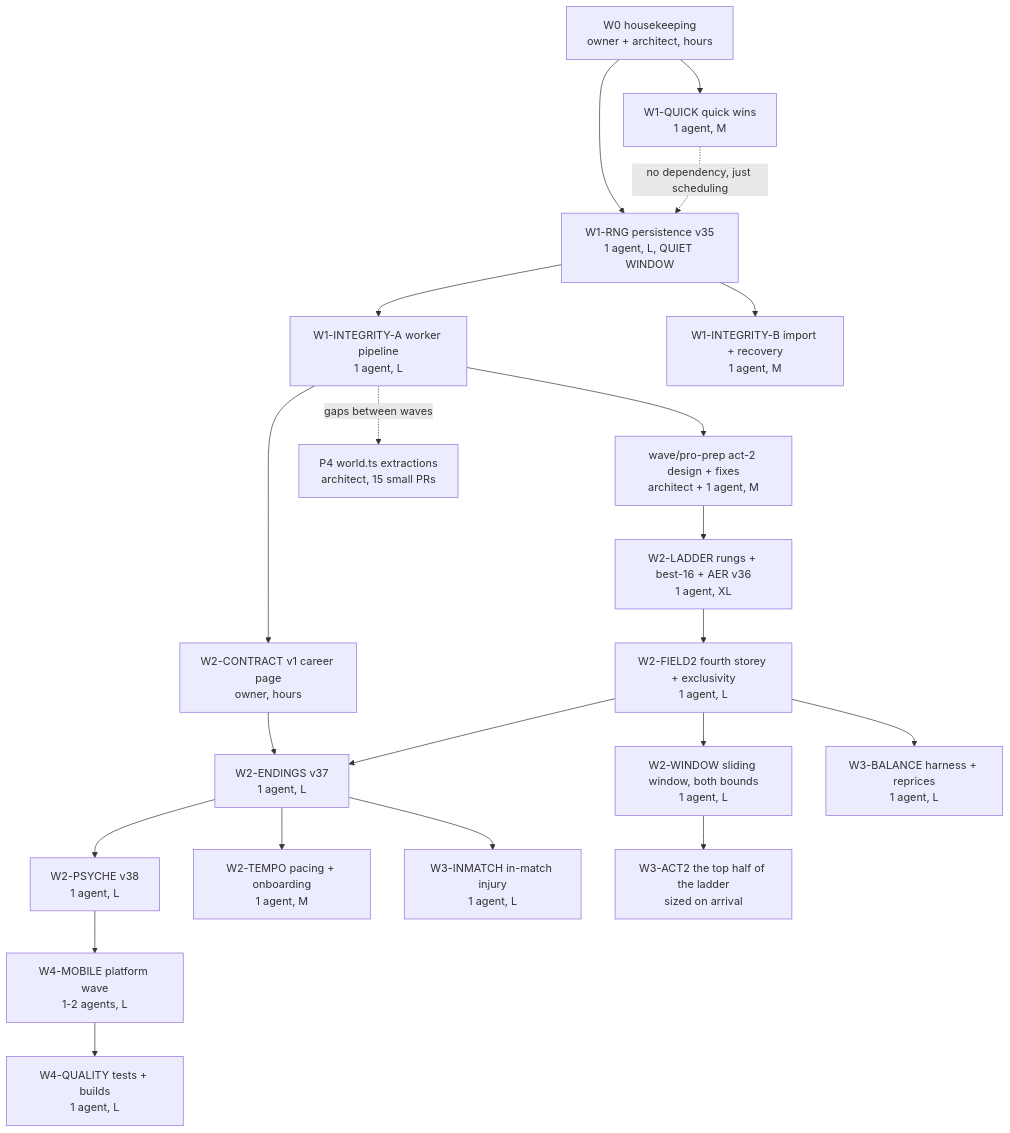
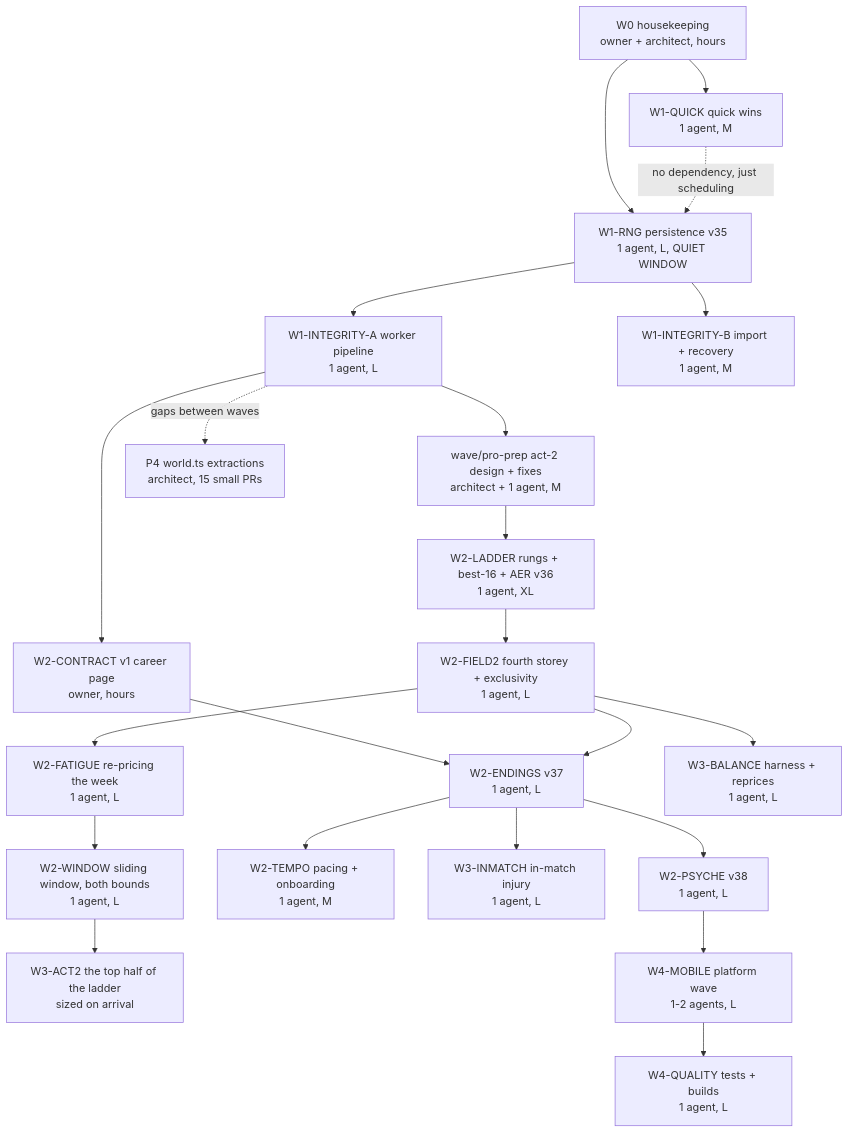
Before and after one commit to letulip/ties-break: the diagram in docs/plans/launch-plan-2026-08.md, drawn with Mermaid. The commit also changed other lines of this file and 1 other file, not shown here.

First line of the commit message:
the fatigue re-price, specced - and the injury curve it exposes

````diff
--- a/docs/plans/launch-plan-2026-08.md
+++ b/docs/plans/launch-plan-2026-08.md
@@ -27,23 +27,24 @@
 ```mermaid
 flowchart TD
   W0[W0 housekeeping<br/>owner + architect, hours] --> W1Q[W1-QUICK quick wins<br/>1 agent, M]
   W0 --> W1R[W1-RNG persistence v35<br/>1 agent, L, QUIET WINDOW]
   W1R --> W1A[W1-INTEGRITY-A worker pipeline<br/>1 agent, L]
   W1R --> W1B[W1-INTEGRITY-B import + recovery<br/>1 agent, M]
   W1Q -.no dependency, just scheduling.-> W1R
   W1A --> WPP[wave/pro-prep act-2 design + fixes<br/>architect + 1 agent, M]
   WPP --> W2L[W2-LADDER rungs + best-16 + AER v36<br/>1 agent, XL]
   W2L --> W2F2[W2-FIELD2 fourth storey + exclusivity<br/>1 agent, L]
   W1A --> W2C[W2-CONTRACT v1 career page<br/>owner, hours]
   W2C --> W2E[W2-ENDINGS v37<br/>1 agent, L]
   W2F2 --> W2E
   W2E --> W2P[W2-PSYCHE v38<br/>1 agent, L]
   W2E --> W2T[W2-TEMPO pacing + onboarding<br/>1 agent, M]
   W2E --> W3I[W3-INMATCH in-match injury<br/>1 agent, L]
-  W2F2 --> W2W[W2-WINDOW sliding window, both bounds<br/>1 agent, L]
+  W2F2 --> W2FA[W2-FATIGUE re-pricing the week<br/>1 agent, L]
+  W2FA --> W2W[W2-WINDOW sliding window, both bounds<br/>1 agent, L]
   W2W --> W3A[W3-ACT2 the top half of the ladder<br/>sized on arrival]
   W2F2 --> W3B[W3-BALANCE harness + reprices<br/>1 agent, L]
   W2P --> W4M[W4-MOBILE platform wave<br/>1-2 agents, L]
   W4M --> W4Q[W4-QUALITY tests + builds<br/>1 agent, L]
   W1A -.gaps between waves.-> P4[P4 world.ts extractions<br/>architect, 15 small PRs]
 ```
````
